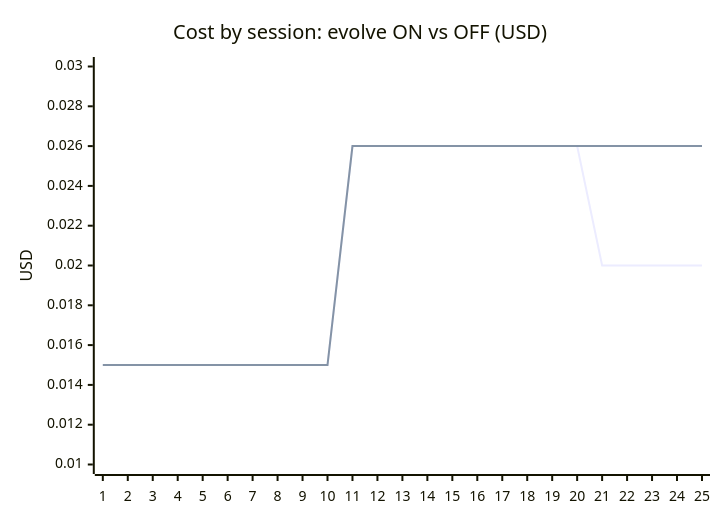
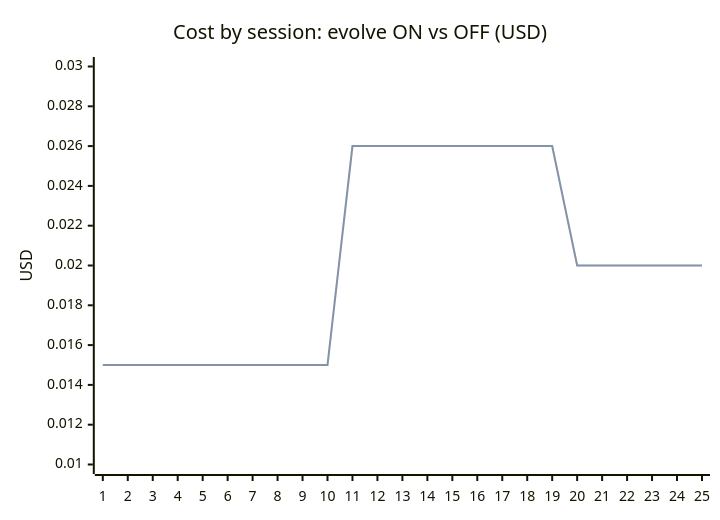
The first of 5 diagrams in docs/reports/agile2-evolution-curve.md (Allenllii/semantix), drawn with Mermaid before and after one commit. The commit also changed other lines of this file and 17 other files, not shown here.

````diff
--- a/docs/reports/agile2-evolution-curve.md
+++ b/docs/reports/agile2-evolution-curve.md
@@ -32,8 +32,8 @@
 ```mermaid
 xychart-beta
   title "Cost by session: evolve ON vs OFF (USD)"
   x-axis [1,2,3,4,5,6,7,8,9,10,11,12,13,14,15,16,17,18,19,20,21,22,23,24,25]
   y-axis "USD" 0.010 --> 0.030
-  line [0.015,0.015,0.015,0.015,0.015,0.015,0.015,0.015,0.015,0.015,0.026,0.026,0.026,0.026,0.026,0.026,0.026,0.026,0.026,0.026,0.020,0.020,0.020,0.020,0.020]
-  line [0.015,0.015,0.015,0.015,0.015,0.015,0.015,0.015,0.015,0.015,0.026,0.026,0.026,0.026,0.026,0.026,0.026,0.026,0.026,0.026,0.026,0.026,0.026,0.026,0.026]
+  line [0.015,0.015,0.015,0.015,0.015,0.015,0.015,0.015,0.015,0.015,0.026,0.026,0.026,0.026,0.026,0.026,0.026,0.026,0.026,0.020,0.020,0.020,0.020,0.020,0.020]
+  line [0.015,0.015,0.015,0.015,0.015,0.015,0.015,0.015,0.015,0.015,0.026,0.026,0.026,0.026,0.026,0.026,0.026,0.026,0.026,0.020,0.020,0.020,0.020,0.020,0.020]
 ```
````
